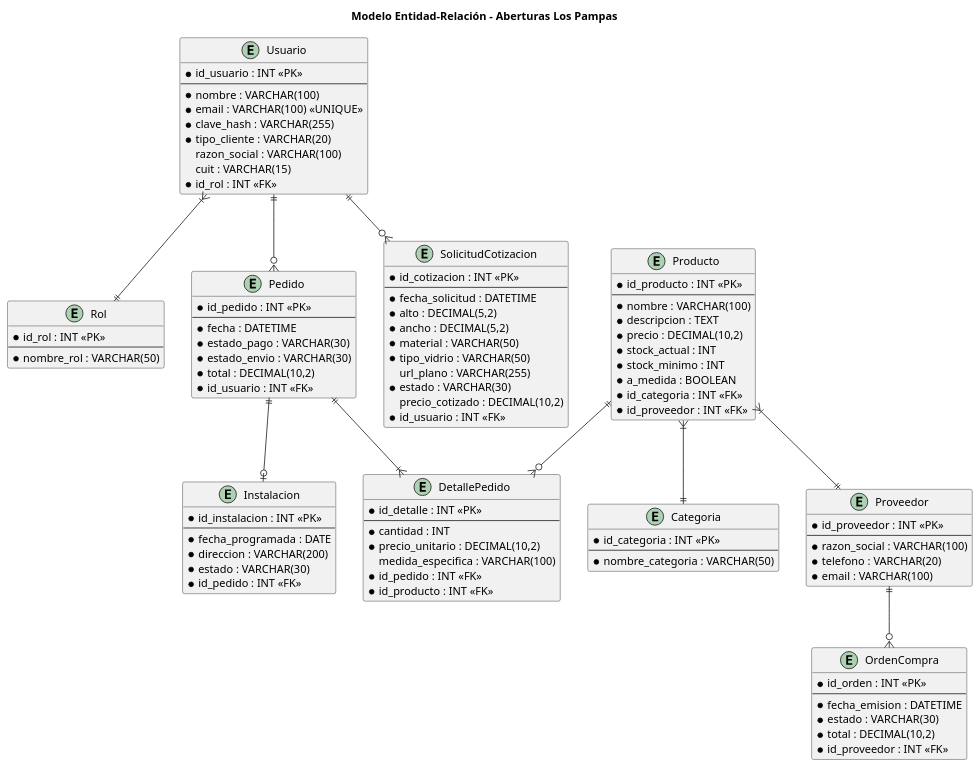
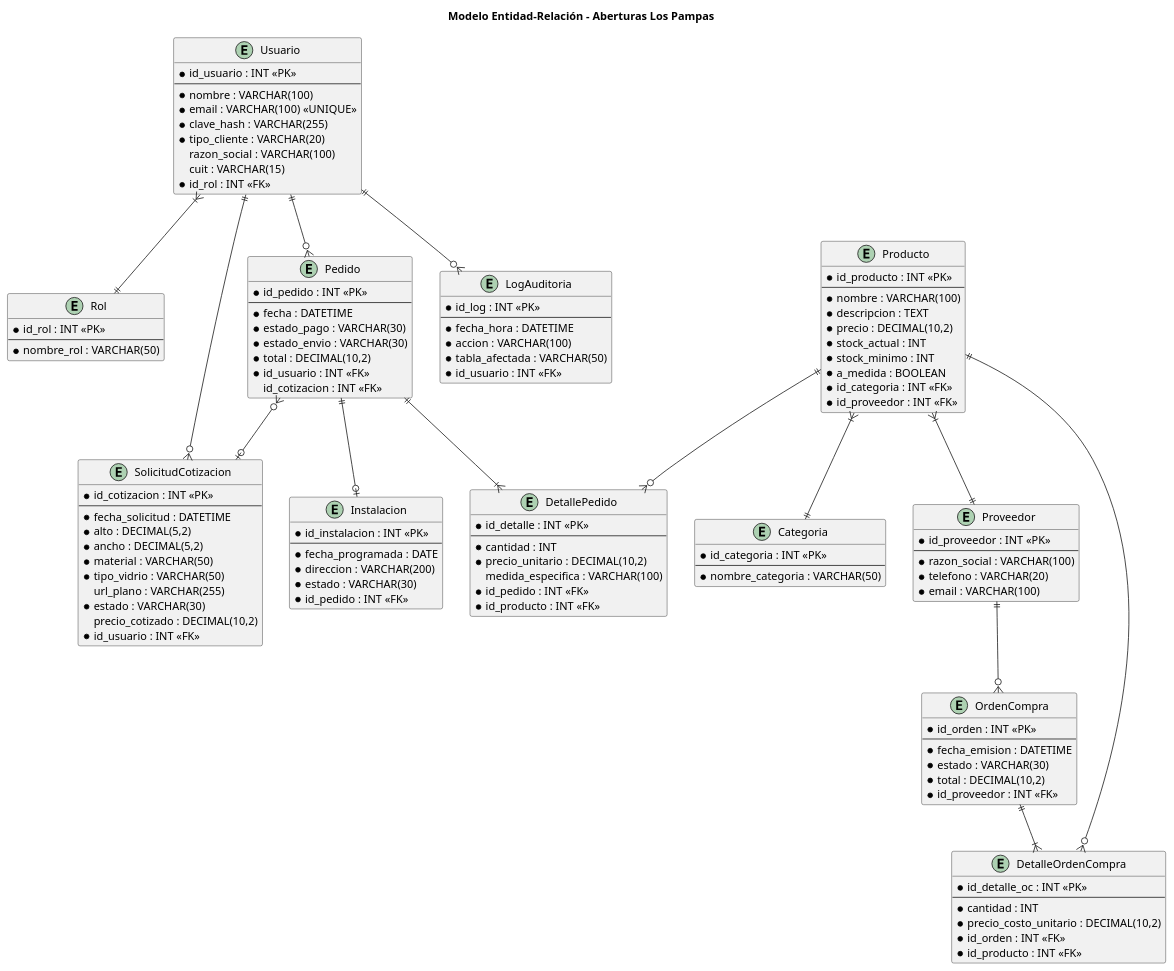
Before and after one commit to ScagliaUriel/desarrollo-web-aberturas-los-pampas: the diagram in diagramas/er.puml, drawn with PlantUML.

Commit message:
Actualización del modelo entidad-relación: se añadieron entidades DetalleOrdenCompra y LogAuditoria, y se establecieron relaciones correspondientes para mejorar la trazabilidad y gestión de datos.

```diff
--- a/diagramas/er.puml
+++ b/diagramas/er.puml
@@ -1,111 +1,134 @@
 @startuml
 title Modelo Entidad-Relación - Aberturas Los Pampas
 
 entity "Usuario" as usuario {
   * id_usuario : INT <<PK>>
   --
   * nombre : VARCHAR(100)
   * email : VARCHAR(100) <<UNIQUE>>
   * clave_hash : VARCHAR(255)
   * tipo_cliente : VARCHAR(20)
   razon_social : VARCHAR(100)
   cuit : VARCHAR(15)
   * id_rol : INT <<FK>>
 }
 
 entity "Rol" as rol {
   * id_rol : INT <<PK>>
   --
   * nombre_rol : VARCHAR(50)
 }
 
 entity "Producto" as producto {
   * id_producto : INT <<PK>>
   --
   * nombre : VARCHAR(100)
   * descripcion : TEXT
   * precio : DECIMAL(10,2)
   * stock_actual : INT
   * stock_minimo : INT
   * a_medida : BOOLEAN
   * id_categoria : INT <<FK>>
   * id_proveedor : INT <<FK>>
 }
 
 entity "Categoria" as categoria {
   * id_categoria : INT <<PK>>
   --
   * nombre_categoria : VARCHAR(50)
 }
 
 entity "Proveedor" as proveedor {
   * id_proveedor : INT <<PK>>
   --
   * razon_social : VARCHAR(100)
   * telefono : VARCHAR(20)
   * email : VARCHAR(100)
 }
 
 entity "Pedido" as pedido {
   * id_pedido : INT <<PK>>
   --
   * fecha : DATETIME
   * estado_pago : VARCHAR(30)
   * estado_envio : VARCHAR(30)
   * total : DECIMAL(10,2)
   * id_usuario : INT <<FK>>
+  id_cotizacion : INT <<FK>>
 }
 
 entity "DetallePedido" as detalle_pedido {
   * id_detalle : INT <<PK>>
   --
   * cantidad : INT
   * precio_unitario : DECIMAL(10,2)
   medida_especifica : VARCHAR(100)
   * id_pedido : INT <<FK>>
   * id_producto : INT <<FK>>
 }
 
 entity "SolicitudCotizacion" as cotizacion {
   * id_cotizacion : INT <<PK>>
   --
   * fecha_solicitud : DATETIME
   * alto : DECIMAL(5,2)
   * ancho : DECIMAL(5,2)
   * material : VARCHAR(50)
   * tipo_vidrio : VARCHAR(50)
   url_plano : VARCHAR(255)
   * estado : VARCHAR(30)
   precio_cotizado : DECIMAL(10,2)
   * id_usuario : INT <<FK>>
 }
 
 entity "Instalacion" as instalacion {
   * id_instalacion : INT <<PK>>
   --
   * fecha_programada : DATE
   * direccion : VARCHAR(200)
   * estado : VARCHAR(30)
   * id_pedido : INT <<FK>>
 }
 
 entity "OrdenCompra" as orden_compra {
   * id_orden : INT <<PK>>
   --
   * fecha_emision : DATETIME
   * estado : VARCHAR(30)
   * total : DECIMAL(10,2)
   * id_proveedor : INT <<FK>>
 }
 
+entity "DetalleOrdenCompra" as detalle_oc {
+  * id_detalle_oc : INT <<PK>>
+  --
+  * cantidad : INT
+  * precio_costo_unitario : DECIMAL(10,2)
+  * id_orden : INT <<FK>>
+  * id_producto : INT <<FK>>
+}
+
+entity "LogAuditoria" as log_auditoria {
+  * id_log : INT <<PK>>
+  --
+  * fecha_hora : DATETIME
+  * accion : VARCHAR(100)
+  * tabla_afectada : VARCHAR(50)
+  * id_usuario : INT <<FK>>
+}
+
 usuario }|--|| rol
 usuario ||--o{ pedido
 usuario ||--o{ cotizacion
+usuario ||--o{ log_auditoria
 producto }|--|| categoria
 producto }|--|| proveedor
 pedido ||--|{ detalle_pedido
 producto ||--o{ detalle_pedido
 pedido ||--o| instalacion
+pedido }o--o| cotizacion
 proveedor ||--o{ orden_compra
+orden_compra ||--|{ detalle_oc
+producto ||--o{ detalle_oc
 
 @enduml
```
